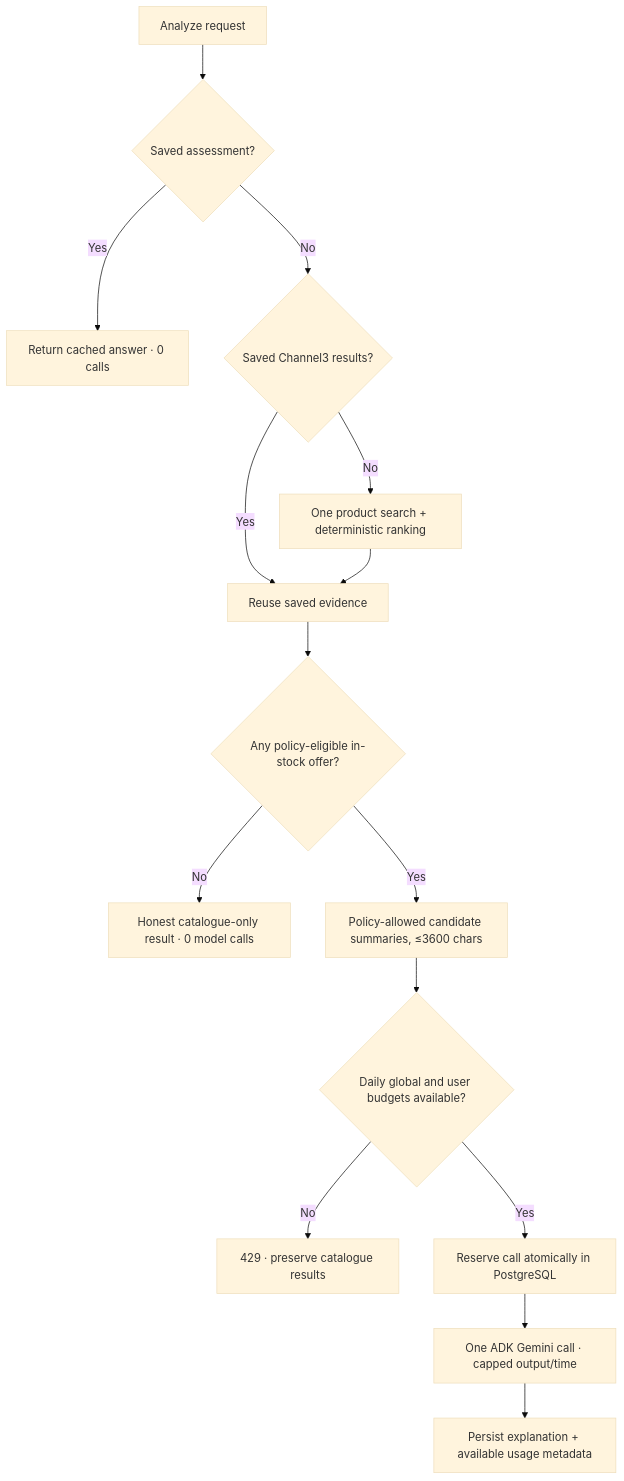
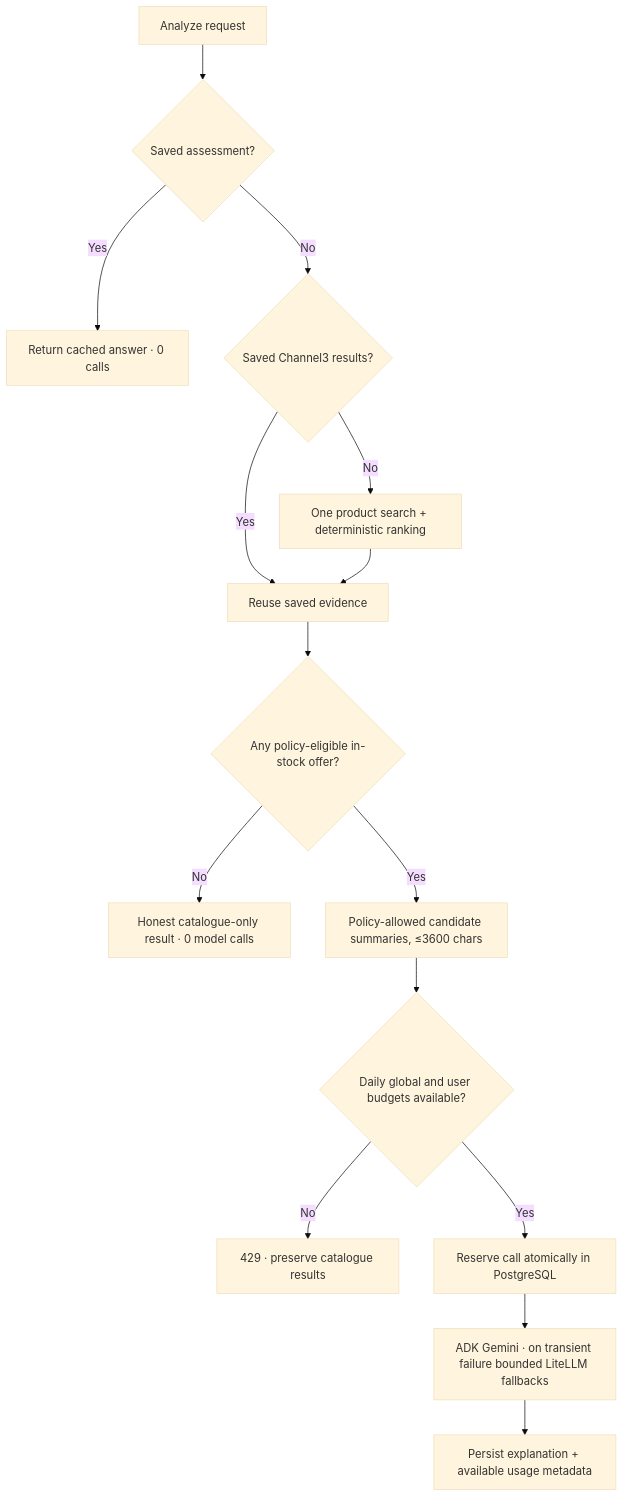
One commit to PerezChris99/ProcurePilot-AI changed the fourth of 4 diagrams in README.md. Above: the diagram before and after it, drawn with Mermaid (base theme). The commit also changed other lines of this file and 4 other files, not shown here.

First line of the commit message:
docs(release): deliver secure LiteLLM ADK fallback setup, transparent quota limits and three-provider smoke acceptance

```diff
--- a/README.md
+++ b/README.md
@@ -203,17 +203,17 @@
 ~~~mermaid
 flowchart TD
     A["Analyze request"] --> B{"Saved assessment?"}
     B -->|Yes| C["Return cached answer · 0 calls"]
     B -->|No| D{"Saved Channel3 results?"}
     D -->|No| E["One product search + deterministic ranking"]
     D -->|Yes| F["Reuse saved evidence"]
     E --> F
     F --> G{"Any policy-eligible in-stock offer?"}
     G -->|No| H["Honest catalogue-only result · 0 model calls"]
     G -->|Yes| I["Policy-allowed candidate summaries, ≤3600 chars"]
     I --> J{"Daily global and user budgets available?"}
     J -->|No| K["429 · preserve catalogue results"]
     J -->|Yes| L["Reserve call atomically in PostgreSQL"]
-    L --> M["One ADK Gemini call · capped output/time"]
+    L --> M["ADK Gemini · on transient failure bounded LiteLLM fallbacks"]
     M --> N["Persist explanation + available usage metadata"]
 ~~~
```
